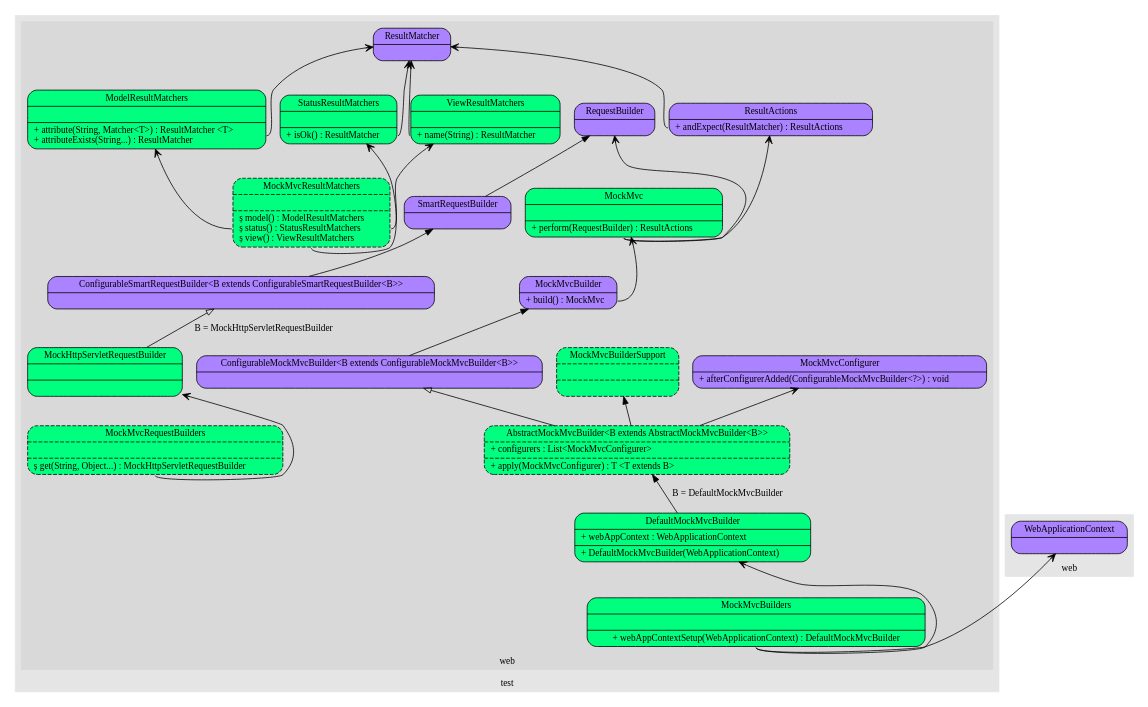
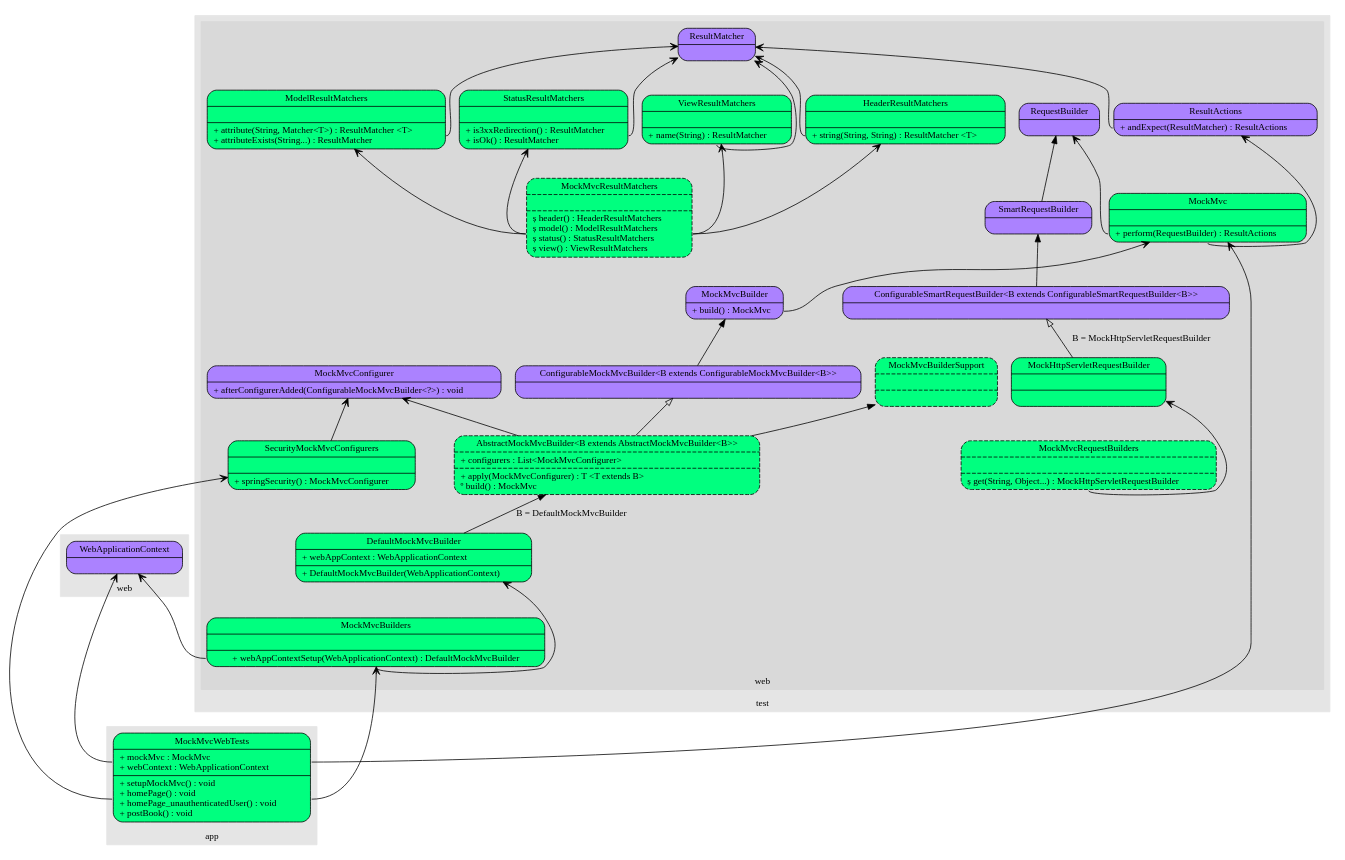
One commit to chris0103/spider-net changed the diagram in Spring/test.dot. Above: the diagram before and after it, drawn with Graphviz.

```diff
--- a/Spring/test.dot
+++ b/Spring/test.dot
@@ -1,96 +1,111 @@
 digraph name {
 	rankdir = BT;
     fontname = "Verdana";
     fontsize = 12;
     node [fontname = "Verdana", fontsize = 12, shape = "record"];
     edge [fontname = "Verdana", fontsize = 12];
 	
+	subgraph cluster10 {
+		label = "app";
+		style = filled;
+		color = grey90;
+		MockMvcWebTests [label = "{<f0>MockMvcWebTests|<f1>+ mockMvc : MockMvc\l+ webContext : WebApplicationContext\l|<f2>+ setupMockMvc() : void\l+ homePage() : void\l+ homePage_unauthenticatedUser() : void\l+ postBook() : void\l}", style = "rounded, filled", fillcolor = "springgreen"];
+	}
 	
 	subgraph cluster25 {
 		label = "test";
 		style = filled;
 		color = grey90;
 		
 		subgraph cluster90 {
 			label = "web";
 			style = filled;
 			color = grey85;
-			AbstractMockMvcBuilder [label = "{<f0>AbstractMockMvcBuilder&lt;B extends AbstractMockMvcBuilder&lt;B&gt;&gt;|<f1>+ configurers : List&lt;MockMvcConfigurer&gt;\l|<f2>+ apply(MockMvcConfigurer) : T &lt;T extends B&gt;\l}", style = "rounded, filled, dashed", fillcolor = "springgreen"];
+			AbstractMockMvcBuilder [label = "{<f0>AbstractMockMvcBuilder&lt;B extends AbstractMockMvcBuilder&lt;B&gt;&gt;|<f1>+ configurers : List&lt;MockMvcConfigurer&gt;\l|<f2>+ apply(MockMvcConfigurer) : T &lt;T extends B&gt;\l&#186; build() : MockMvc\l}", style = "rounded, filled, dashed", fillcolor = "springgreen"];
 			ConfigurableMockMvcBuilder [label = "{<f0>ConfigurableMockMvcBuilder&lt;B extends ConfigurableMockMvcBuilder&lt;B&gt;&gt;|<f2>}", style = "rounded, filled", fillcolor = "mediumpurple1"];
 			DefaultMockMvcBuilder [label = "{<f0>DefaultMockMvcBuilder|<f1>+ webAppContext : WebApplicationContext\l|<f2>+ DefaultMockMvcBuilder(WebApplicationContext)\l}", style = "rounded, filled", fillcolor = "springgreen"];
+			HeaderResultMatchers [label = "{<f0>HeaderResultMatchers|<f1>|<f2>+ string(String, String) : ResultMatcher &lt;T&gt;\l}", style = "rounded, filled", fillcolor = "springgreen"];
 			MockHttpServletRequestBuilder [label = "{<f0>MockHttpServletRequestBuilder|<f1>|<f2>}", style = "rounded, filled", fillcolor = "springgreen"];
 			MockMvc [label = "{<f0>MockMvc|<f1>|<f2>+ perform(RequestBuilder) : ResultActions\l}", style = "rounded, filled", fillcolor = "springgreen"];	
 			MockMvcBuilder [label = "{<f0>MockMvcBuilder|<f2>+ build() : MockMvc\l}", style = "rounded, filled", fillcolor = "mediumpurple1"];
 			MockMvcBuilders [label = "{<f0>MockMvcBuilders|<f1>|<f2>+ webAppContextSetup(WebApplicationContext) : DefaultMockMvcBuilder}", style = "rounded, filled", fillcolor = "springgreen"];
 			MockMvcBuilderSupport [label = "{<f0>MockMvcBuilderSupport|<f1>|<f2>}", style = "rounded, filled, dashed", fillcolor = "springgreen"];
 			MockMvcConfigurer [label = "{<f0>MockMvcConfigurer|<f2>+ afterConfigurerAdded(ConfigurableMockMvcBuilder&lt;?&gt;) : void\l}", style = "rounded, filled", fillcolor = "mediumpurple1"];
 			MockMvcRequestBuilders [label = "{<f0>MockMvcRequestBuilders|<f1>|<f2>&#537; get(String, Object...) : MockHttpServletRequestBuilder\l}", style = "rounded, filled, dashed", fillcolor = "springgreen"];
-			MockMvcResultMatchers [label = "{<f0>MockMvcResultMatchers|<f1>|<f2>&#537; model() : ModelResultMatchers\l&#537; status() : StatusResultMatchers\l&#537; view() : ViewResultMatchers\l}", style = "rounded, filled, dashed", fillcolor = "springgreen"];
+			MockMvcResultMatchers [label = "{<f0>MockMvcResultMatchers|<f1>|<f2>&#537; header() : HeaderResultMatchers\l&#537; model() : ModelResultMatchers\l&#537; status() : StatusResultMatchers\l&#537; view() : ViewResultMatchers\l}", style = "rounded, filled, dashed", fillcolor = "springgreen"];
 			ConfigurableSmartRequestBuilder [label = "{<f0>ConfigurableSmartRequestBuilder&lt;B extends ConfigurableSmartRequestBuilder&lt;B&gt;&gt;|<f2>}", style = "rounded, filled", fillcolor = "mediumpurple1"];
 			RequestBuilder [label = "{<f0>RequestBuilder|<f2>}", style = "rounded, filled", fillcolor = "mediumpurple1"];
 			ResultActions [label = "{<f0>ResultActions|<f2>+ andExpect(ResultMatcher) : ResultActions\l}", style = "rounded, filled", fillcolor = "mediumpurple1"];
 			ResultMatcher [label = "{<f0>ResultMatcher|<f2>}", style = "rounded, filled", fillcolor = "mediumpurple1"];
+			SecurityMockMvcConfigurers [label = "{<f0>SecurityMockMvcConfigurers|<f1>|<f2>+ springSecurity() : MockMvcConfigurer\l}", style = "rounded, filled", fillcolor = "springgreen"];
 			SmartRequestBuilder [label = "{<f0>SmartRequestBuilder|<f2>}", style = "rounded, filled", fillcolor = "mediumpurple1"];
 			ModelResultMatchers [label = "{<f0>ModelResultMatchers|<f1>|<f2>+ attribute(String, Matcher&lt;T&gt;) : ResultMatcher &lt;T&gt;\l+ attributeExists(String...) : ResultMatcher\l}", style = "rounded, filled", fillcolor = "springgreen"];
-			StatusResultMatchers [label = "{<f0>StatusResultMatchers|<f1>|<f2>+ isOk() : ResultMatcher\l}", style = "rounded, filled", fillcolor = "springgreen"];
+			StatusResultMatchers [label = "{<f0>StatusResultMatchers|<f1>|<f2>+ is3xxRedirection() : ResultMatcher\l+ isOk() : ResultMatcher\l}", style = "rounded, filled", fillcolor = "springgreen"];
 			ViewResultMatchers [label = "{<f0>ViewResultMatchers|<f1>|<f2>+ name(String) : ResultMatcher\l}", style = "rounded, filled", fillcolor = "springgreen"];
 		}
 	}
 	
 	subgraph cluster75 {
 		label = "web";
 		style = filled;
 		color = grey90;
 		WebApplicationContext [label = "{<f0>WebApplicationContext|<f2>}", style = "rounded, filled", fillcolor = "mediumpurple1"];
 	}
 	
 	/*	
 	
 	// item_name [label = "item_label", style = "filled", fillcolor = "palegreen"];
 	// record_name [shape = "record", label = "{{<f0>interface|{<f10>(other implementers)}}|(other methods)}"];
 	// record_without_properties [shape = "record", label = "{<f0>label|<f1>value}"];
 	// record_with_properties [shape = "record", label = "{<f0>label|<f1>value|{{<f20>property|<f21>value}}}"];
 	// interface_minor [shape = "plaintext", label = "Interface_minor"];
 	// interface [label = "{<f0>Interface|<f2>+ method() : return_type\l}", style = "rounded, filled", fillcolor = "mediumpurple1"];
 	// abstract_class [label = "{<f0>Abstract_Class|<f1>+ field1 : type\l+ field2 : type\l|<f2>&#170; abstract_method() : return_type\l&#537; static_method() : return_type\l+ method() : return_type\l}", style = "rounded, filled, dashed", fillcolor = "springgreen"];
 	// class [label = "{<f0>Class|<f1>+ field1 : type\l+ field2 : type\l&#10765; final_field : type\l&#537; static_field : type\l|<f2>+ method() : return_type\l&#537; static_method() : return_type\l&#186; overriden_method() : return_type\l}", style = "rounded, filled", fillcolor = "springgreen"];
 	// bean_record [label = "{<f0>beanId|<f1>beanClass|{{<f20>property1|<f21>property2}}}"];
 	// module_record [label = "{<f0>artifactId|<f1>projectName}"];
 	*/
 	
+	MockMvcWebTests:f1 -> MockMvc [arrowhead = "vee"];
+	MockMvcWebTests:f1 -> WebApplicationContext [arrowhead = "vee"];
+	MockMvcWebTests:f2 -> MockMvcBuilders [arrowhead = "vee"];
+	MockMvcWebTests:f2 -> SecurityMockMvcConfigurers [arrowhead = "vee"];
+	SecurityMockMvcConfigurers -> MockMvcConfigurer [arrowhead = "vee"];
 	
 	MockMvcBuilders:f2 -> WebApplicationContext [arrowhead = "vee"];
 	MockMvcBuilders:f2 -> DefaultMockMvcBuilder [arrowhead = "vee"];
 	DefaultMockMvcBuilder -> AbstractMockMvcBuilder [label = "B = DefaultMockMvcBuilder"];
 	AbstractMockMvcBuilder -> MockMvcBuilderSupport;
 	AbstractMockMvcBuilder -> ConfigurableMockMvcBuilder [arrowhead = "empty"];
 	AbstractMockMvcBuilder -> MockMvcConfigurer [arrowhead = "vee"];
 	ConfigurableMockMvcBuilder -> MockMvcBuilder;
 	MockMvcBuilder:f2 -> MockMvc [arrowhead = "vee"];
 	MockMvc:f2 -> RequestBuilder [arrowhead = "vee"];
 	MockMvc:f2 -> ResultActions [arrowhead = "vee"];
 	ResultActions:f2 -> ResultMatcher [arrowhead = "vee"];
 	SmartRequestBuilder -> RequestBuilder;
 	ConfigurableSmartRequestBuilder -> SmartRequestBuilder;
 	MockHttpServletRequestBuilder -> ConfigurableSmartRequestBuilder [arrowhead = "empty", label = "B = MockHttpServletRequestBuilder"];
 	MockMvcRequestBuilders:f2 -> MockHttpServletRequestBuilder [arrowhead = "vee"];
 	
 	MockMvcResultMatchers:f2 -> StatusResultMatchers [arrowhead = "vee"];
 	StatusResultMatchers:f2 -> ResultMatcher [arrowhead = "vee"];
 	MockMvcResultMatchers:f2 -> ViewResultMatchers [arrowhead = "vee"];
 	ViewResultMatchers:f2 -> ResultMatcher [arrowhead = "vee"];
 	MockMvcResultMatchers:f2 -> ModelResultMatchers [arrowhead = "vee"];
 	ModelResultMatchers:f2 -> ResultMatcher [arrowhead = "vee"];
+	MockMvcResultMatchers:f2 -> HeaderResultMatchers [arrowhead = "vee"];
+	HeaderResultMatchers:f2 -> ResultMatcher [arrowhead = "vee"];
 	
 	// Implementation -> Interface [arrowhead = "empty"];
 	// Subclass -> Class;
 	// SubInterface -> Interface;	
 	// Referer -> Referee [arrowhead = "vee"];
 	// Implementation -> InterfaceMinor [arrowhead = "odot"];
 	
 	// This is commented for dot to run, but it SHOULD BE uncommented as soon as dot works fine again
 	// ****************** dot cracks from below ******************** //
 	// ill link;
 	
 	// current is current_progress_item
 }
```
